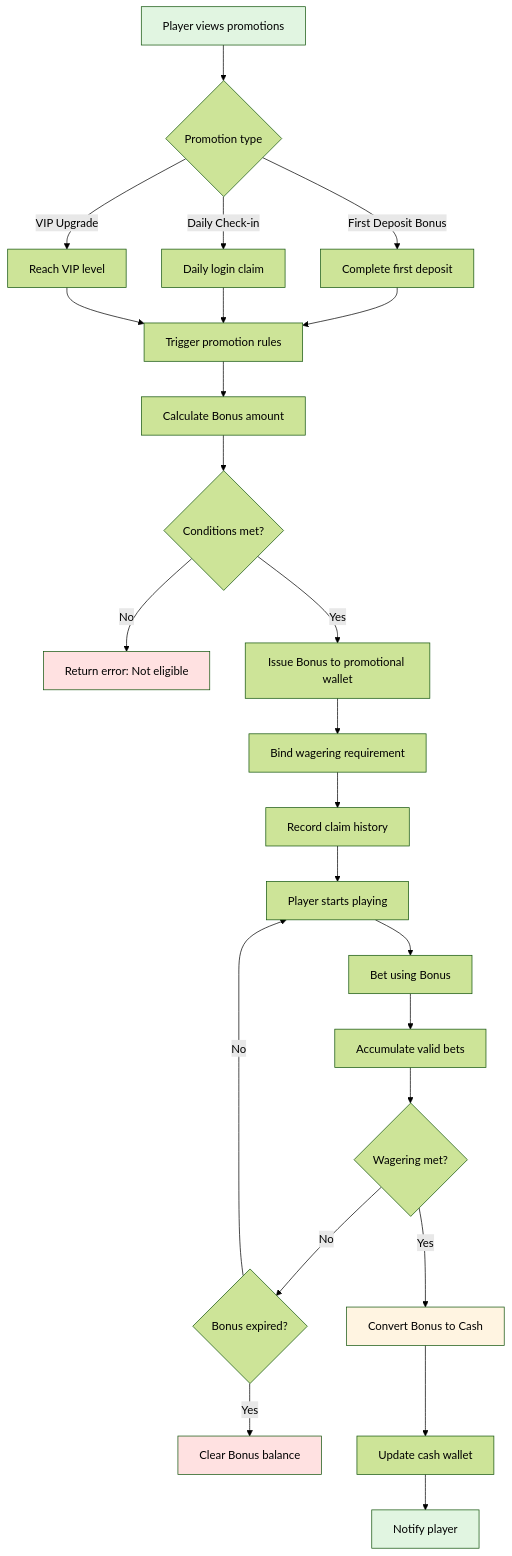
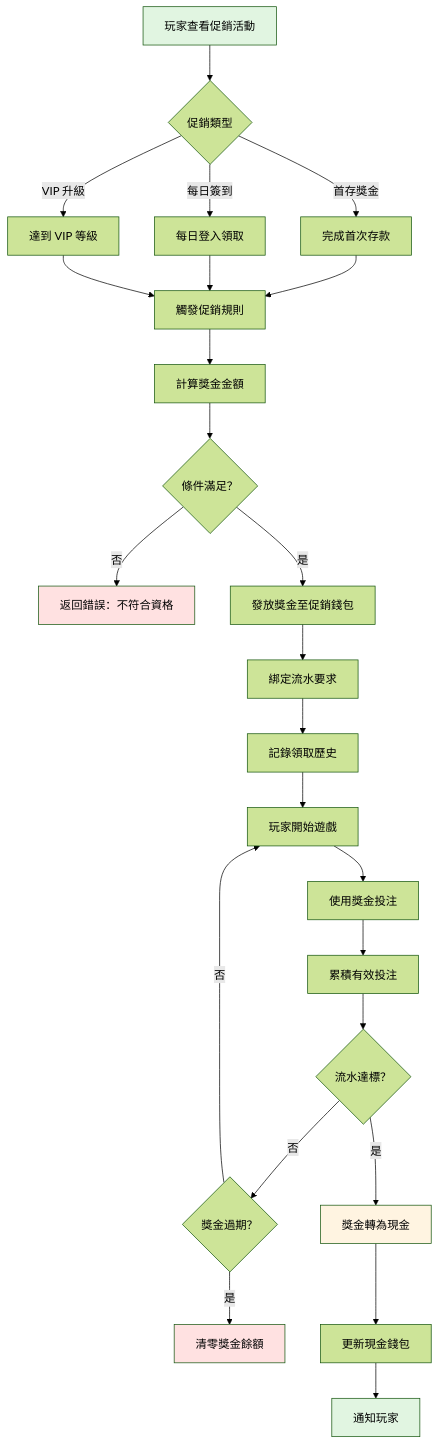
The third of 6 diagrams in docs/iGaming/requirements/01_Player_Experience/Business_Flows.md (ron03wlb/smart-admin), drawn with Mermaid (forest theme) before and after one commit. The commit also changed other lines of this file and 4 other files, not shown here.

````diff
--- a/docs/iGaming/requirements/01_Player_Experience/Business_Flows.md
+++ b/docs/iGaming/requirements/01_Player_Experience/Business_Flows.md
@@ -259,41 +259,41 @@
 ```mermaid
 flowchart TD
-    A[Player views promotions] --> B{Promotion type}
+    A[玩家查看促銷活動] --> B{促銷類型}
 
-    B -->|First Deposit Bonus| C1[Complete first deposit]
-    B -->|Daily Check-in| C2[Daily login claim]
-    B -->|VIP Upgrade| C3[Reach VIP level]
+    B -->|首存獎金| C1[完成首次存款]
+    B -->|每日簽到| C2[每日登入領取]
+    B -->|VIP 升級| C3[達到 VIP 等級]
 
-    C1 --> D[Trigger promotion rules]
+    C1 --> D[觸發促銷規則]
     C2 --> D
     C3 --> D
 
-    D --> E[Calculate Bonus amount]
-    E --> F{Conditions met?}
+    D --> E[計算獎金金額]
+    E --> F{條件滿足？}
 
-    F -->|No| G[Return error: Not eligible]
-    F -->|Yes| H[Issue Bonus to promotional wallet]
+    F -->|否| G[返回錯誤：不符合資格]
+    F -->|是| H[發放獎金至促銷錢包]
 
-    H --> I[Bind wagering requirement]
-    I --> J[Record claim history]
+    H --> I[綁定流水要求]
+    I --> J[記錄領取歷史]
 
-    J --> K[Player starts playing]
-    K --> L[Bet using Bonus]
+    J --> K[玩家開始遊戲]
+    K --> L[使用獎金投注]
 
-    L --> M[Accumulate valid bets]
-    M --> N{Wagering met?}
+    L --> M[累積有效投注]
+    M --> N{流水達標？}
 
-    N -->|No| O{Bonus expired?}
-    O -->|No| K
-    O -->|Yes| P[Clear Bonus balance]
+    N -->|否| O{獎金過期？}
+    O -->|否| K
+    O -->|是| P[清零獎金餘額]
 
-    N -->|Yes| Q[Convert Bonus to Cash]
-    Q --> R[Update cash wallet]
-    R --> S[Notify player]
+    N -->|是| Q[獎金轉為現金]
+    Q --> R[更新現金錢包]
+    R --> S[通知玩家]
 
     style A fill:#e1f5e1
     style S fill:#e1f5e1
     style G fill:#ffe1e1
     style P fill:#ffe1e1
     style Q fill:#fff4e1
 ```
````
